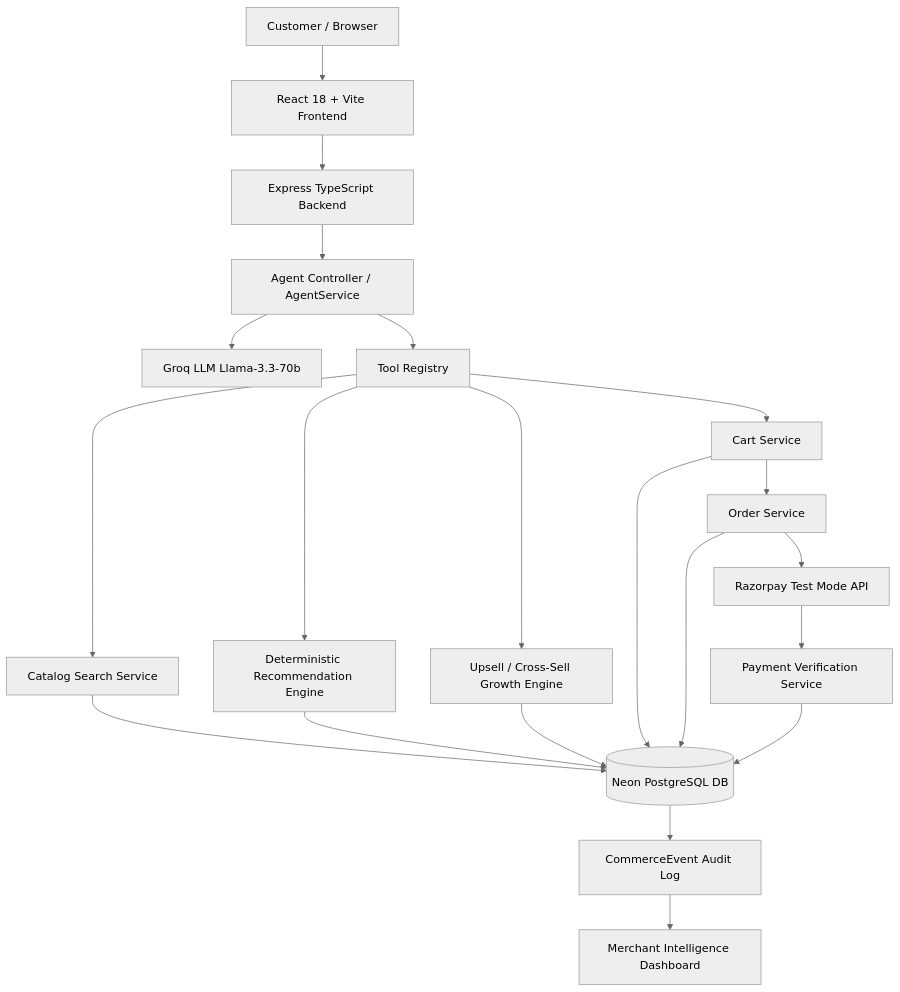
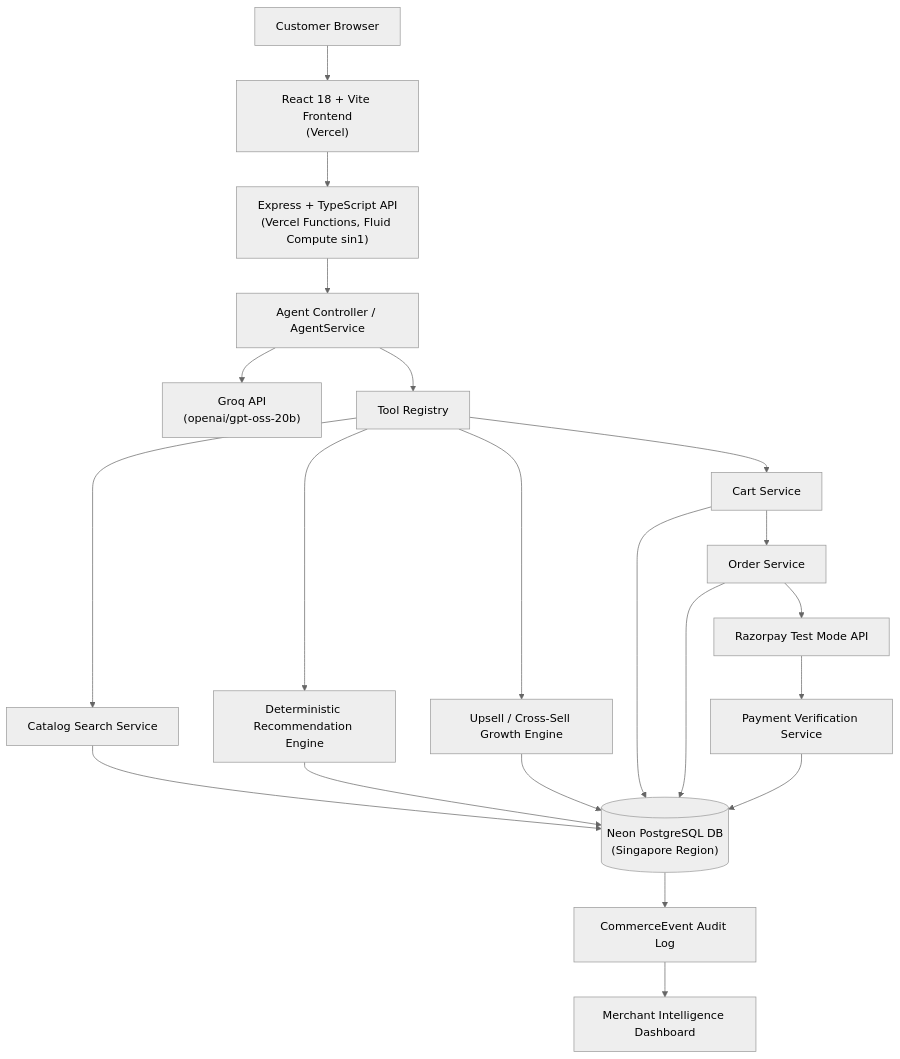
One commit to Raghuram1784/Mercora-AI changed the diagram in README.md. Above: the diagram before and after it, drawn with Mermaid (neutral theme). The commit also changed other lines of this file, not shown here.

Commit message:
Finalize README for Razorpay Buildathon submission

````diff
--- a/README.md
+++ b/README.md
@@ -73,28 +84,28 @@
 ```mermaid
 flowchart TD
-    U[Customer / Browser] --> F[React 18 + Vite Frontend]
-    F --> API[Express TypeScript Backend]
+    U["Customer Browser"] --> F["React 18 + Vite Frontend<br/>(Vercel)"]
+    F --> API["Express + TypeScript API<br/>(Vercel Functions, Fluid Compute sin1)"]
 
-    API --> AG[Agent Controller / AgentService]
-    AG --> G[Groq LLM Llama-3.3-70b]
-    AG --> TR[Tool Registry]
+    API --> AG["Agent Controller / AgentService"]
+    AG --> G["Groq API<br/>(openai/gpt-oss-20b)"]
+    AG --> TR["Tool Registry"]
 
-    TR --> SEARCH[Catalog Search Service]
-    TR --> REC[Deterministic Recommendation Engine]
-    TR --> GROWTH[Upsell / Cross-Sell Growth Engine]
-    TR --> CART[Cart Service]
+    TR --> SEARCH["Catalog Search Service"]
+    TR --> REC["Deterministic Recommendation Engine"]
+    TR --> GROWTH["Upsell / Cross-Sell Growth Engine"]
+    TR --> CART["Cart Service"]
 
-    CART --> ORDER[Order Service]
-    ORDER --> RP[Razorpay Test Mode API]
-    RP --> VERIFY[Payment Verification Service]
+    CART --> ORDER["Order Service"]
+    ORDER --> RP["Razorpay Test Mode API"]
+    RP --> VERIFY["Payment Verification Service"]
 
-    SEARCH --> DB[(Neon PostgreSQL DB)]
+    SEARCH --> DB[("Neon PostgreSQL DB<br/>(Singapore Region)")]
     REC --> DB
     GROWTH --> DB
     CART --> DB
     ORDER --> DB
     VERIFY --> DB
 
-    DB --> EVENTS[CommerceEvent Audit Log]
-    EVENTS --> DASH[Merchant Intelligence Dashboard]
+    DB --> EVENTS["CommerceEvent Audit Log"]
+    EVENTS --> DASH["Merchant Intelligence Dashboard"]
 ```
````
